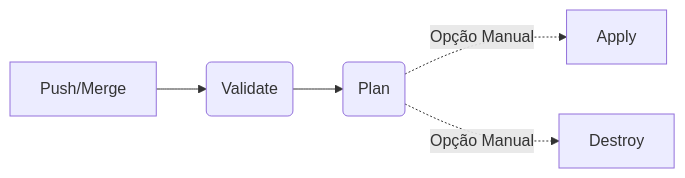
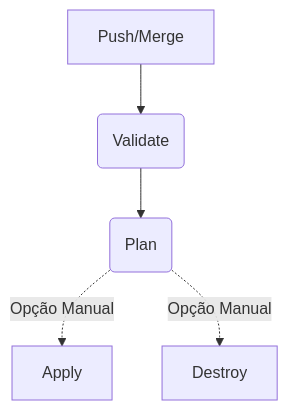
Before and after one commit to lucascosm3/terraform-foundation-for-teaching: the diagram in README.md, drawn with Mermaid. The commit also changed other lines of this file and 2 other files, not shown here.

Commit message:
chore: rename workflow jobs for ordering and update README mermaid diagram orientation

````diff
--- a/README.md
+++ b/README.md
@@ -82,7 +82,7 @@
 ```mermaid
-graph LR
+graph TD
     A[Push/Merge] --> B(Validate)
     B --> C(Plan)
     C -.->|Opção Manual| D[Apply]
     C -.->|Opção Manual| E[Destroy]
 ```
````
